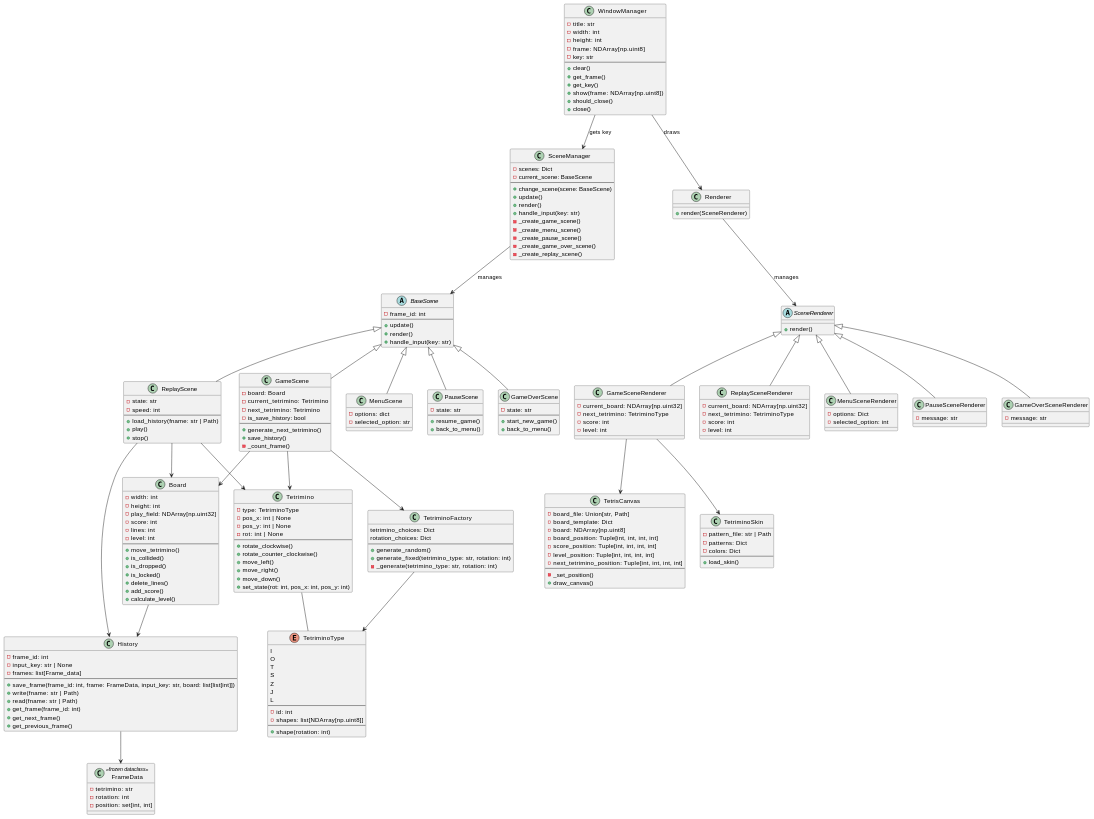
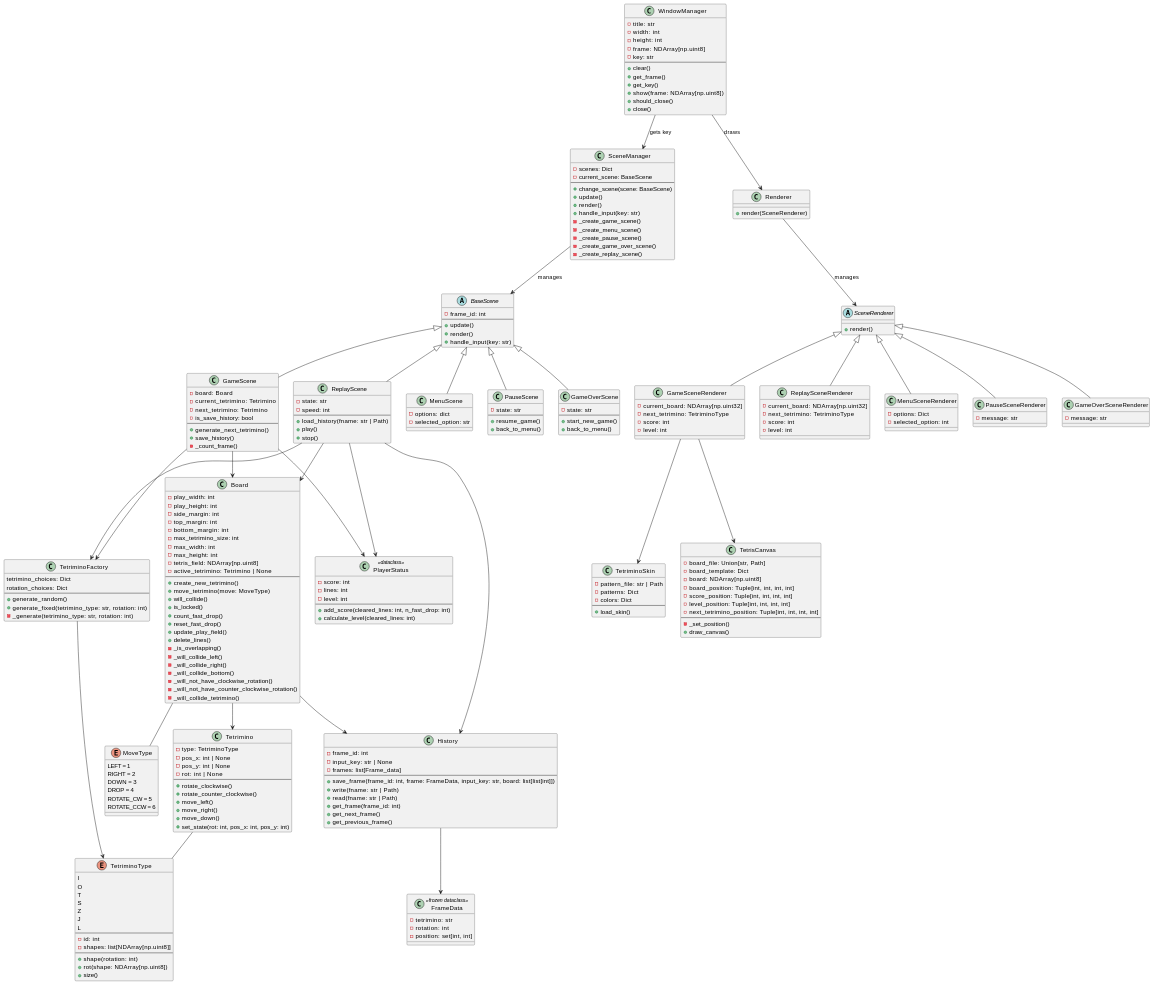
Before and after one commit to tsuzuki-nekozuki/python-tetris: the diagram in README.md, drawn with PlantUML.

```diff
--- a/README.md
+++ b/README.md
@@ -166,21 +166,51 @@
     + load_skin()
 }
 
-class Board {
-    - width: int
-    - height: int
-    - play_field: NDArray[np.uint32]
+class PlayerStatus <<dataclass>> {
     - score: int
     - lines: int
     - level: int
     ---
-    + move_tetrimino()
-    + is_collided()
-    + is_dropped()
+    + add_score(cleared_lines: int, n_fast_drop: int)
+    + calculate_level(cleared_lines: int)
+}
+
+class Board {
+    - play_width: int
+    - play_height: int
+    - side_margin: int
+    - top_margin: int
+    - bottom_margin: int
+    - max_tetrimino_size: int
+    - max_width: int
+    - max_height: int
+    - tetris_field: NDArray[np.uint8]
+    - active_tetrimino: Tetrimino | None
+    ---
+    + create_new_tetrimino()
+    + move_tetrimino(move: MoveType)
+    + will_collide()
     + is_locked()
+    + count_fast_drop()
+    + reset_fast_drop()
+    + update_play_field()
     + delete_lines()
-    + add_score()
-    + calculate_level()
+    - _is_overlapping()
+    - _will_collide_left()
+    - _will_collide_right()
+    - _will_collide_bottom()
+    - _will_not_have_clockwise_rotation()
+    - _will_not_have_counter_clockwise_rotation()
+    - _will_collide_tetrimino()
+}
+
+Enum MoveType {
+    LEFT = 1
+    RIGHT = 2
+    DOWN = 3
+    DROP = 4
+    ROTATE_CW = 5
+    ROTATE_CCW = 6
 }
 
 class Tetrimino {
@@ -210,6 +240,8 @@
     - shapes: list[NDArray[np.uint8]]
     ---
     + shape(rotation: int)
+    + rot(shape: NDArray[np.uint8])
+    + size()
 }
 
 class TetriminoFactory {
@@ -243,15 +275,18 @@
 WindowManager --> SceneManager: gets key
 SceneManager --> BaseScene: manages
 GameScene --> Board
-GameScene --> Tetrimino
+GameScene --> PlayerStatus
 GameScene --> TetriminoFactory
 ReplayScene --> Board
-ReplayScene --> Tetrimino
+ReplayScene --> PlayerStatus
+ReplayScene --> TetriminoFactory
 ReplayScene --> History
 TetriminoFactory --> TetriminoType
 Tetrimino -- TetriminoType
 WindowManager --> Renderer: draws
 Board --> History
+Board --> Tetrimino
+Board -- MoveType
 History --> FrameData
 Renderer --> SceneRenderer: manages
 GameSceneRenderer --> TetrisCanvas
```
